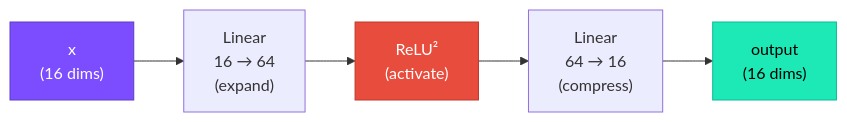
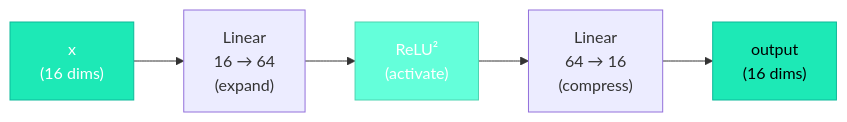
Before and after one commit to iamkhalid2/microgpt-course: the diagram in docs/03-the-architecture/08-the-mlp-block.md, drawn with Mermaid. The commit also changed 23 other files, not shown here.

````diff
--- a/docs/03-the-architecture/08-the-mlp-block.md
+++ b/docs/03-the-architecture/08-the-mlp-block.md
@@ -13,11 +13,11 @@
 ```mermaid
 flowchart LR
     X["x\n(16 dims)"] --> FC1["Linear\n16 → 64\n(expand)"]
     FC1 --> ACT["ReLU²\n(activate)"]
     ACT --> FC2["Linear\n64 → 16\n(compress)"]
     FC2 --> OUT["output\n(16 dims)"]
 
-    style X fill:#7c4dff,stroke:#5c3cbf,color:#fff
-    style ACT fill:#e74c3c,stroke:#c0392b,color:#fff
+    style X fill:#1de9b6,stroke:#0db99a,color:#fff
+    style ACT fill:#64ffda,stroke:#4dd4b0,color:#fff
     style OUT fill:#1de9b6,stroke:#0db99a,color:#000
 ```
````
